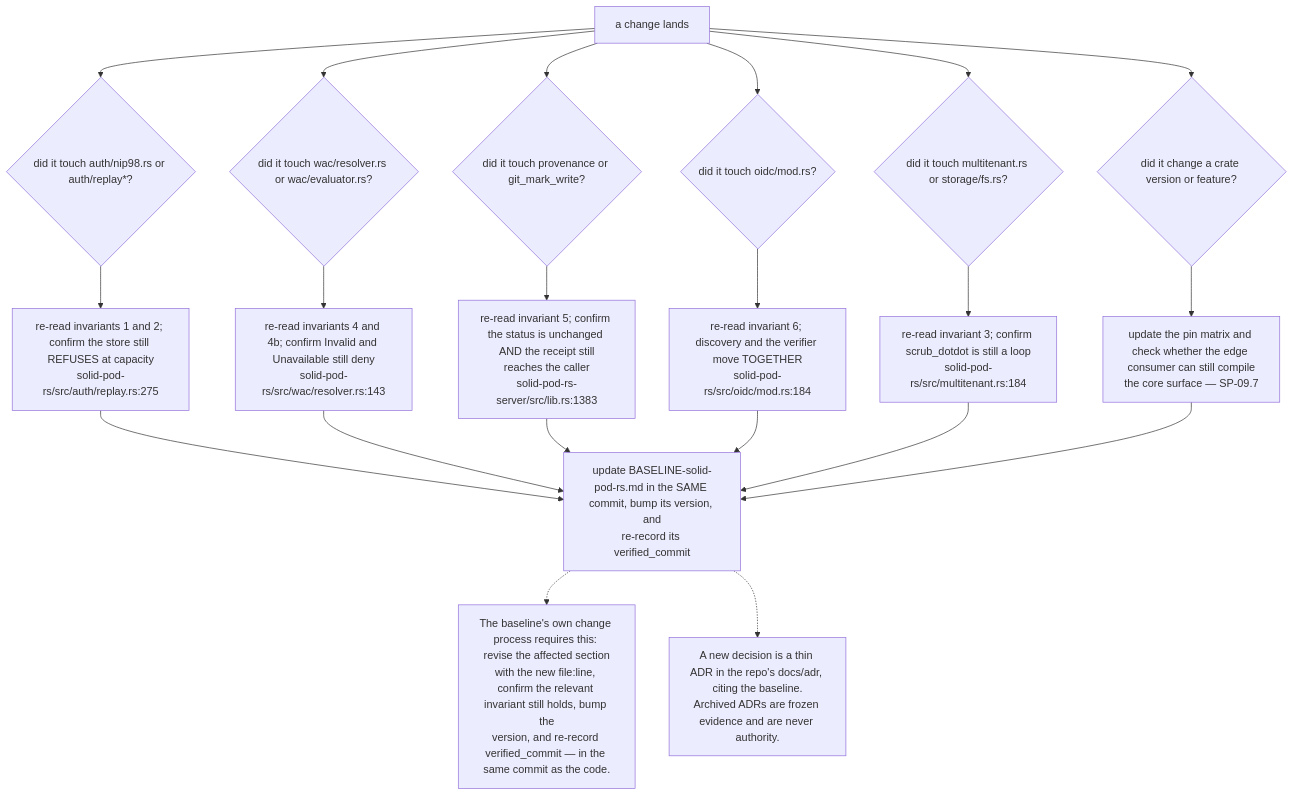
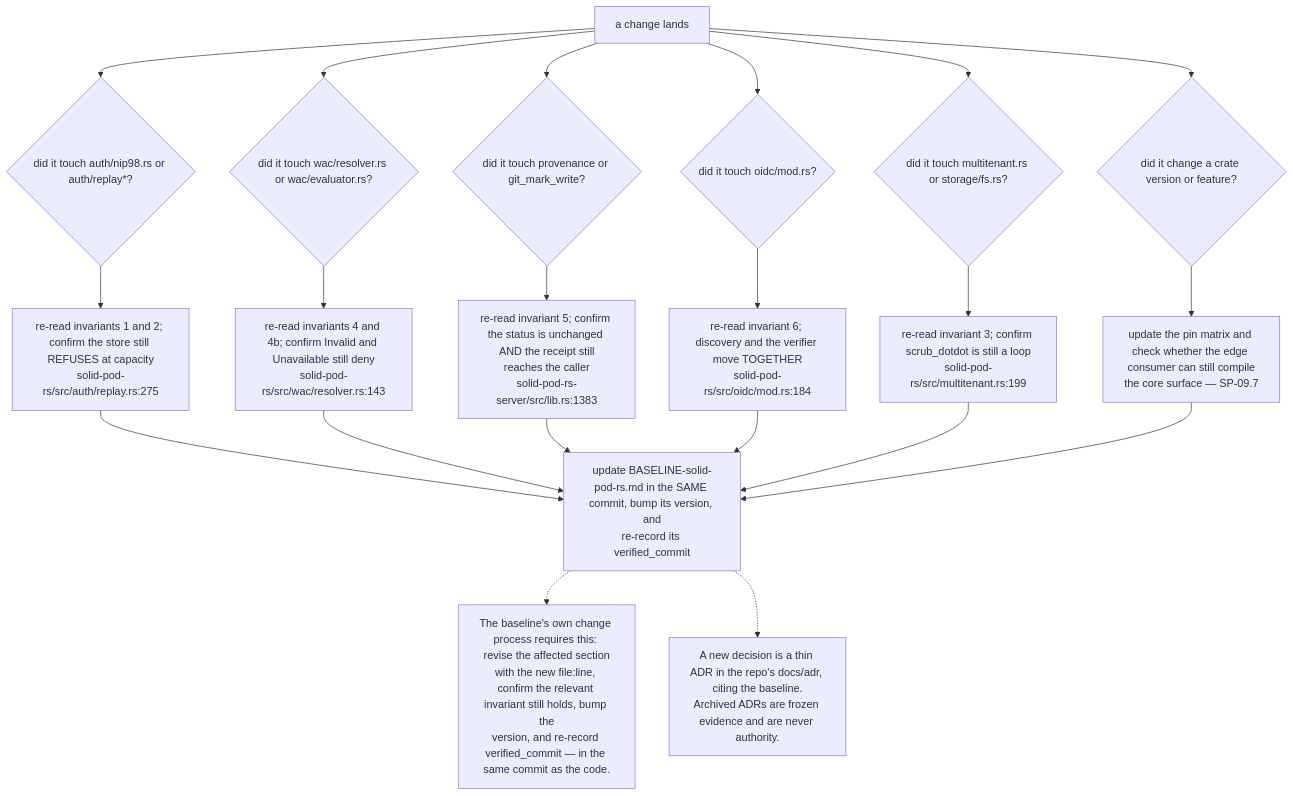
One commit to DreamLab-AI/VisionFlow changed diagram 11 of 12 in docs/diagrams/solid-pod-rs/10-failure-modes-and-invariants.md. Above: the diagram before and after it, drawn with Mermaid. The commit also changed other lines of this file and 145 other files, not shown here.

````diff
--- a/docs/diagrams/solid-pod-rs/10-failure-modes-and-invariants.md
+++ b/docs/diagrams/solid-pod-rs/10-failure-modes-and-invariants.md
@@ -311,30 +311,30 @@
 ```mermaid
 flowchart TD
     START["a change lands"]
     Q1{"did it touch auth/nip98.rs or auth/replay*?"}
     Q2{"did it touch wac/resolver.rs or wac/evaluator.rs?"}
     Q3{"did it touch provenance or git_mark_write?"}
     Q4{"did it touch oidc/mod.rs?"}
     Q5{"did it touch multitenant.rs or storage/fs.rs?"}
     Q6{"did it change a crate version or feature?"}
 
     C1["re-read invariants 1 and 2; confirm the store still REFUSES at capacity<br/>solid-pod-rs/src/auth/replay.rs:275"]
     C2["re-read invariants 4 and 4b; confirm Invalid and Unavailable still deny<br/>solid-pod-rs/src/wac/resolver.rs:143"]
     C3["re-read invariant 5; confirm the status is unchanged AND the receipt still<br/>reaches the caller<br/>solid-pod-rs-server/src/lib.rs:1383"]
     C4["re-read invariant 6; discovery and the verifier move TOGETHER<br/>solid-pod-rs/src/oidc/mod.rs:184"]
-    C5["re-read invariant 3; confirm scrub_dotdot is still a loop<br/>solid-pod-rs/src/multitenant.rs:184"]
+    C5["re-read invariant 3; confirm scrub_dotdot is still a loop<br/>solid-pod-rs/src/multitenant.rs:199"]
     C6["update the pin matrix and check whether the edge consumer can still compile<br/>the core surface — SP-09.7"]
     BL["update BASELINE-solid-pod-rs.md in the SAME commit, bump its version, and<br/>re-record its verified_commit"]
 
     START --> Q1 --> C1 --> BL
     START --> Q2 --> C2 --> BL
     START --> Q3 --> C3 --> BL
     START --> Q4 --> C4 --> BL
     START --> Q5 --> C5 --> BL
     START --> Q6 --> C6 --> BL
 
     N["The baseline's own change process requires this: revise the affected section<br/>with the new file:line, confirm the relevant invariant still holds, bump the<br/>version, and re-record verified_commit — in the same commit as the code."]
     BL -.-> N
     N2["A new decision is a thin ADR in the repo's docs/adr, citing the baseline.<br/>Archived ADRs are frozen evidence and are never authority."]
     BL -.-> N2
 ```
````
